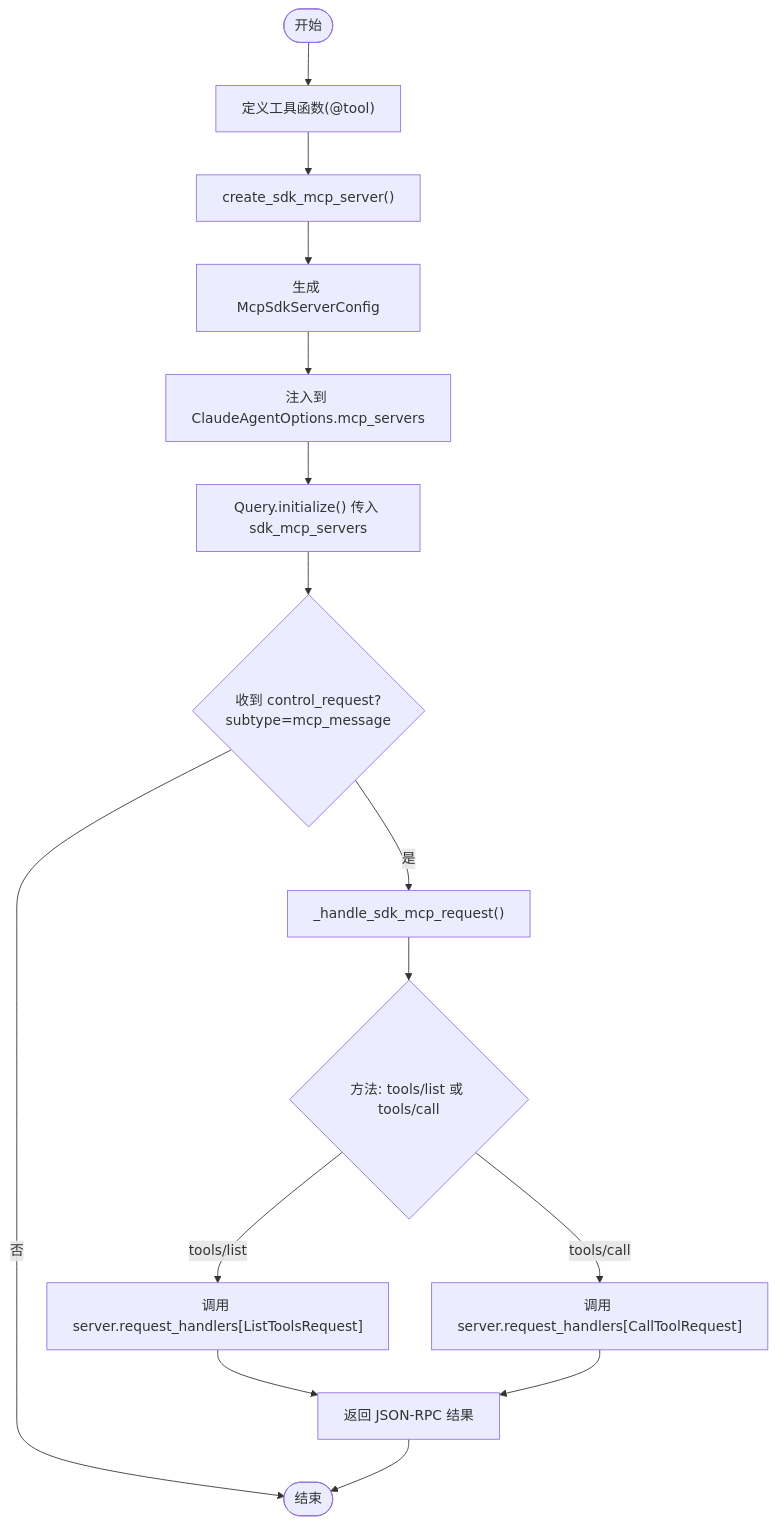
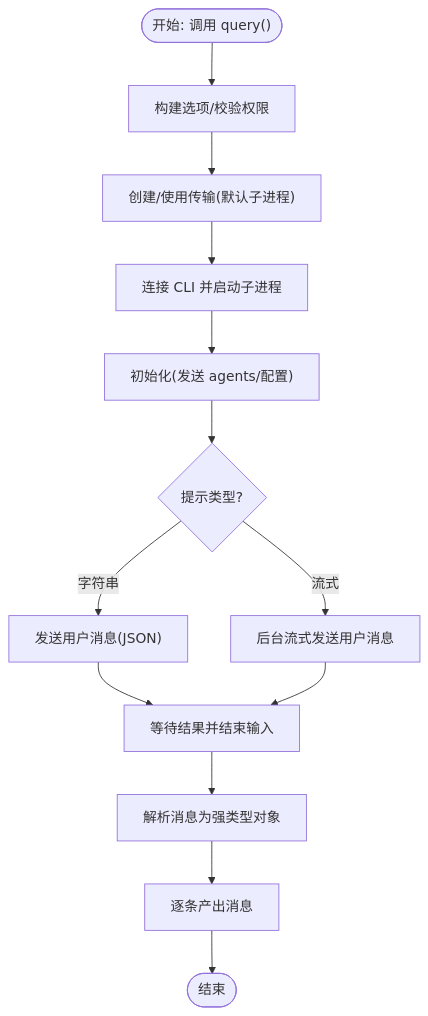
One commit to defulat-coder/claude-agent-sdk-python changed the third of 6 diagrams in .qoder/repowiki/zh/content/项目概述.md. Above: the diagram before and after it, drawn with Mermaid. The commit also changed other lines of this file and 85 other files, not shown here.

````diff
--- a/.qoder/repowiki/zh/content/项目概述.md
+++ b/.qoder/repowiki/zh/content/项目概述.md
@@ -273,17 +164,15 @@
 ```mermaid
 flowchart TD
-Start(["开始"]) --> Define["定义工具函数(@tool)"]
-Define --> Create["create_sdk_mcp_server()"]
-Create --> Config["生成 McpSdkServerConfig"]
-Config --> Options["注入到 ClaudeAgentOptions.mcp_servers"]
-Options --> QueryInit["Query.initialize() 传入 sdk_mcp_servers"]
-QueryInit --> ControlReq{"收到 control_request?<br/>subtype=mcp_message"}
-ControlReq --> |是| Bridge["_handle_sdk_mcp_request()"]
-Bridge --> Method{"方法: tools/list 或 tools/call"}
-Method --> |tools/list| List["调用 server.request_handlers[ListToolsRequest]"]
-Method --> |tools/call| Call["调用 server.request_handlers[CallToolRequest]"]
-List --> Return["返回 JSON-RPC 结果"]
-Call --> Return
-ControlReq --> |否| End(["结束"])
-Return --> End
+Start(["开始: 调用 query()"]) --> BuildOpts["构建选项/校验权限"]
+BuildOpts --> CreateTrans["创建/使用传输(默认子进程)"]
+CreateTrans --> Connect["连接 CLI 并启动子进程"]
+Connect --> Init["初始化(发送 agents/配置)"]
+Init --> PromptType{"提示类型?"}
+PromptType --> |字符串| SendUser["发送用户消息(JSON)"]
+PromptType --> |流式| StreamUser["后台流式发送用户消息"]
+SendUser --> WaitResult["等待结果并结束输入"]
+StreamUser --> WaitResult
+WaitResult --> Parse["解析消息为强类型对象"]
+Parse --> Yield["逐条产出消息"]
+Yield --> End(["结束"])
 ```
````
